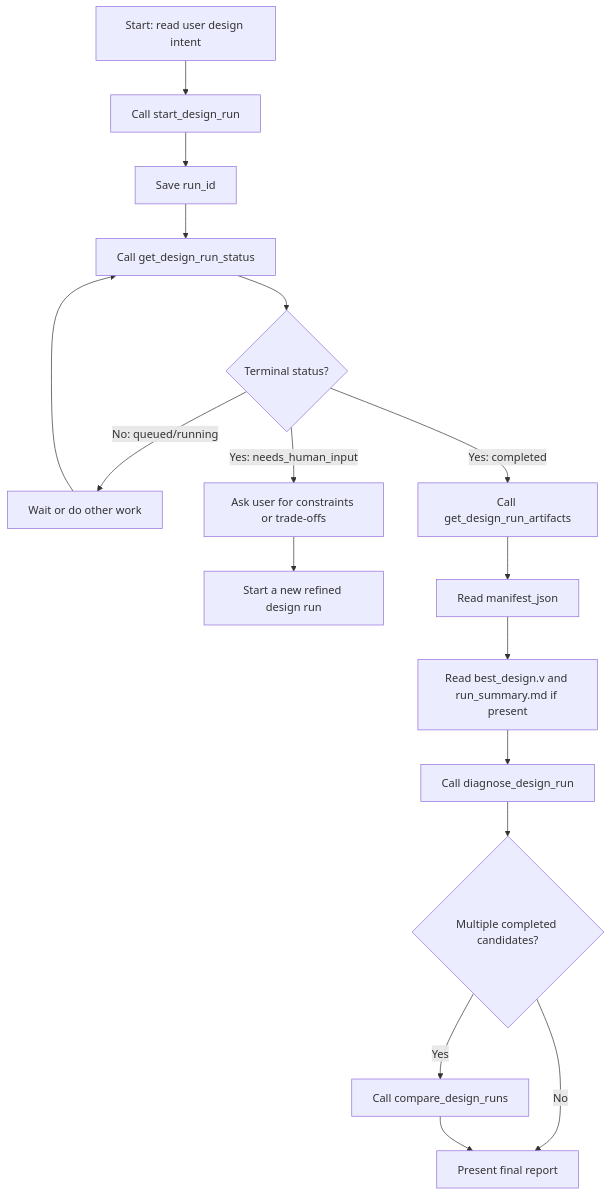
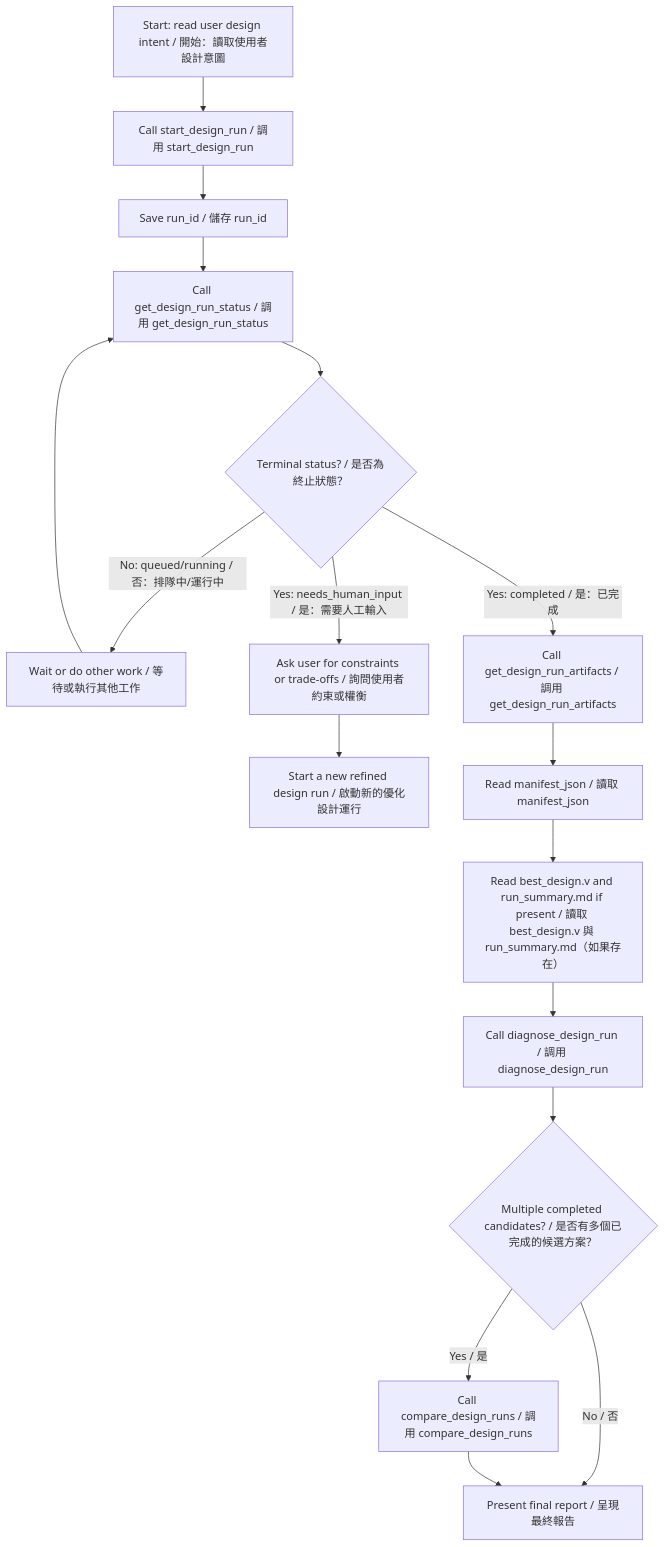
One commit to yehray1230/LLM-Orchestrated-Genetic-Circuit-Design-Workflow-Built-Around-Cello changed the diagram in MCP_AGENT_GUIDE.md. Above: the diagram before and after it, drawn with Mermaid. The commit also changed other lines of this file and 7 other files, not shown here.

````diff
--- a/MCP_AGENT_GUIDE.md
+++ b/MCP_AGENT_GUIDE.md
@@ -219,18 +329,18 @@
 ```mermaid
 graph TD
-    A[Start: read user design intent] --> B[Call start_design_run]
-    B --> C[Save run_id]
-    C --> D[Call get_design_run_status]
-    D --> E{Terminal status?}
-    E -- No: queued/running --> F[Wait or do other work] --> D
-    E -- Yes: completed --> G[Call get_design_run_artifacts]
-    E -- Yes: needs_human_input --> H[Ask user for constraints or trade-offs]
-    H --> I[Start a new refined design run]
-    G --> J[Read manifest_json]
-    J --> K[Read best_design.v and run_summary.md if present]
-    K --> L[Call diagnose_design_run]
-    L --> M{Multiple completed candidates?}
-    M -- Yes --> N[Call compare_design_runs]
-    M -- No --> O[Present final report]
+    A[Start: read user design intent / 開始：讀取使用者設計意圖] --> B[Call start_design_run / 調用 start_design_run]
+    B --> C[Save run_id / 儲存 run_id]
+    C --> D[Call get_design_run_status / 調用 get_design_run_status]
+    D --> E{Terminal status? / 是否為終止狀態？}
+    E -- No: queued/running / 否：排隊中/運行中 --> F[Wait or do other work / 等待或執行其他工作] --> D
+    E -- Yes: completed / 是：已完成 --> G[Call get_design_run_artifacts / 調用 get_design_run_artifacts]
+    E -- Yes: needs_human_input / 是：需要人工輸入 --> H[Ask user for constraints or trade-offs / 詢問使用者約束或權衡]
+    H --> I[Start a new refined design run / 啟動新的優化設計運行]
+    G --> J[Read manifest_json / 讀取 manifest_json]
+    J --> K[Read best_design.v and run_summary.md if present / 讀取 best_design.v 與 run_summary.md（如果存在）]
+    K --> L[Call diagnose_design_run / 調用 diagnose_design_run]
+    L --> M{Multiple completed candidates? / 是否有多個已完成的候選方案？}
+    M -- Yes / 是 --> N[Call compare_design_runs / 調用 compare_design_runs]
+    M -- No / 否 --> O[Present final report / 呈現最終報告]
     N --> O
 ```
````
